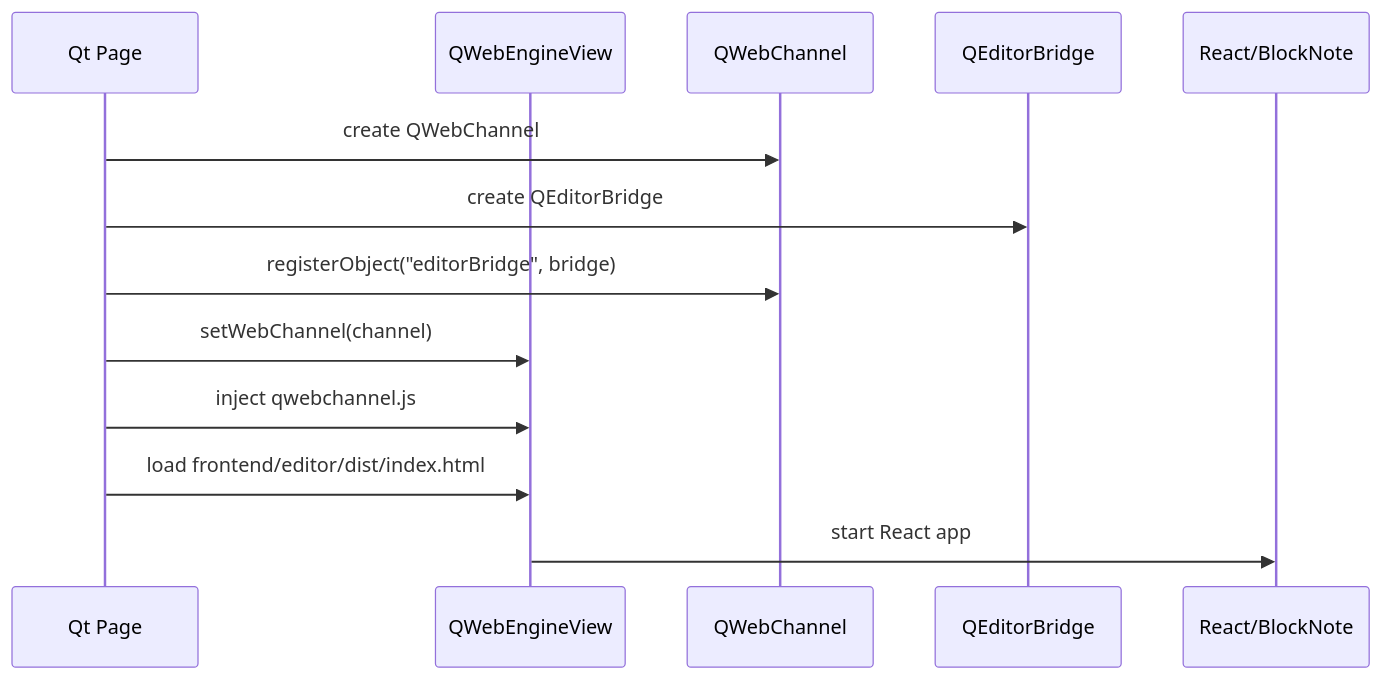
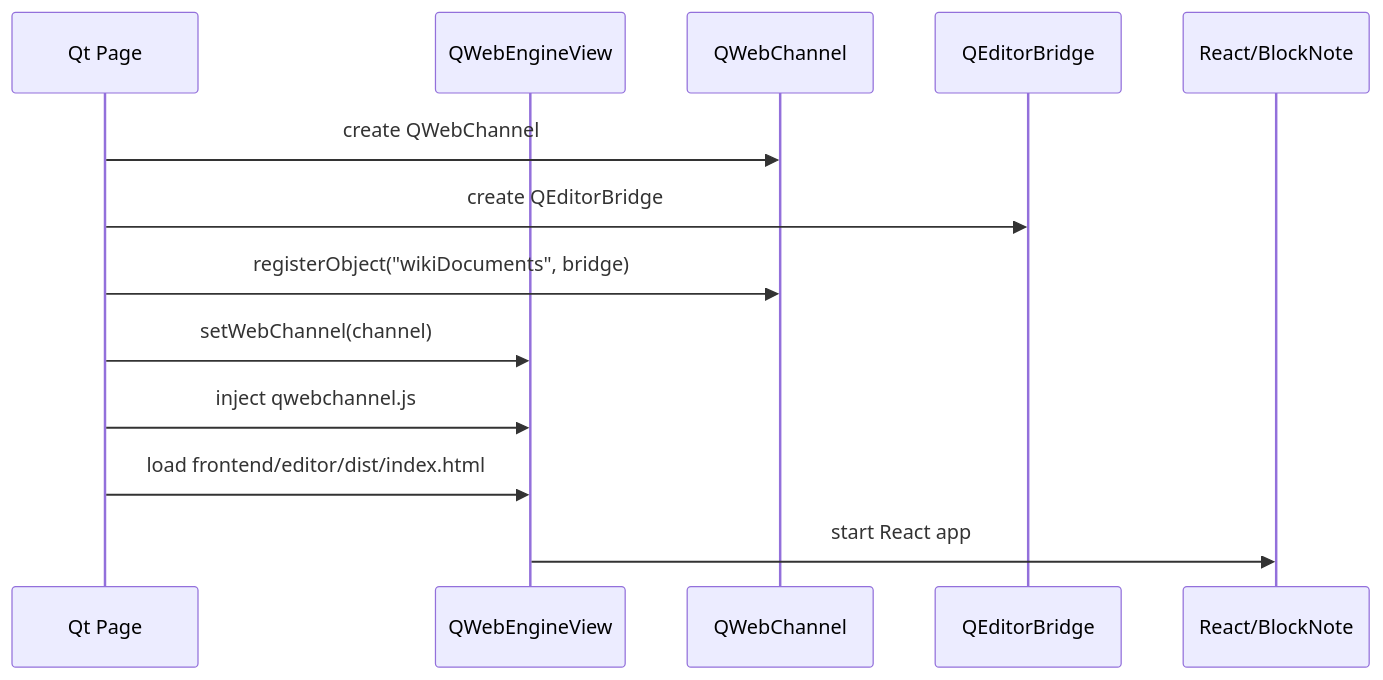
One commit to Artem535/CppWiki changed the third of 9 diagrams in doc/architecture/QWebChannel_Editor_Bridge_Explained.md. Above: the diagram before and after it, drawn with Mermaid. The commit also changed other lines of this file and 4 other files, not shown here.

````diff
--- a/doc/architecture/QWebChannel_Editor_Bridge_Explained.md
+++ b/doc/architecture/QWebChannel_Editor_Bridge_Explained.md
@@ -110,16 +110,16 @@
 ```mermaid
 sequenceDiagram
   participant Page as Qt Page
   participant View as QWebEngineView
   participant Channel as QWebChannel
   participant Bridge as QEditorBridge
   participant JS as React/BlockNote
 
   Page->>Channel: create QWebChannel
   Page->>Bridge: create QEditorBridge
-  Page->>Channel: registerObject("editorBridge", bridge)
+  Page->>Channel: registerObject("wikiDocuments", bridge)
   Page->>View: setWebChannel(channel)
   Page->>View: inject qwebchannel.js
   Page->>View: load frontend/editor/dist/index.html
   View->>JS: start React app
 ```
````
